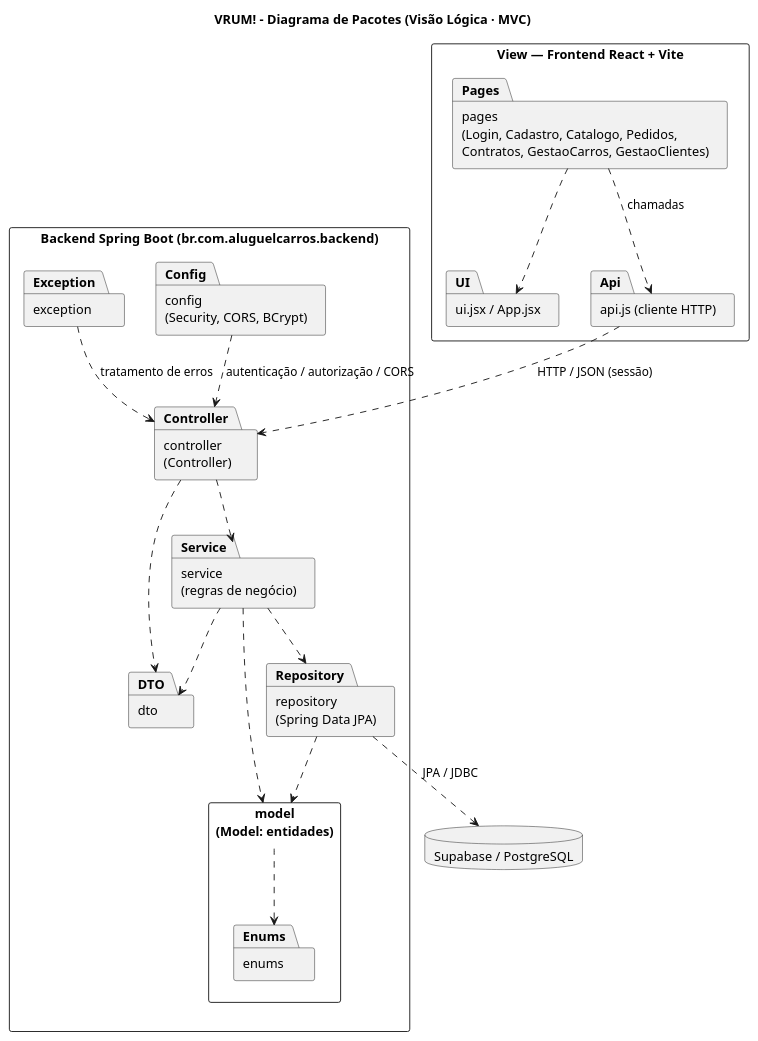
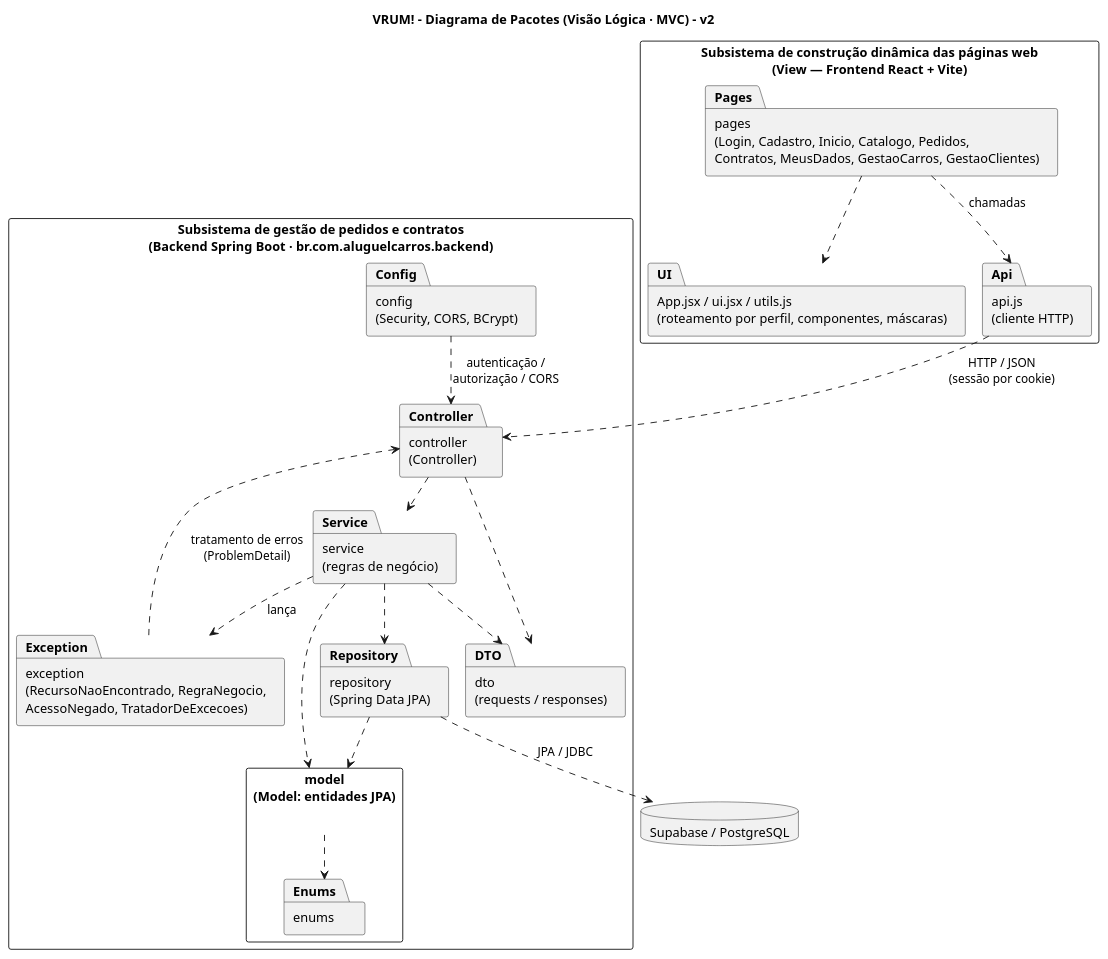
Before and after one commit to pamelanilo/Sistema_Aluguel_Carros: the diagram in docs/diagramas/Diagrama_pacotes.puml, drawn with PlantUML. The commit also changed 76 other files, not shown here.

```diff
--- a/docs/diagramas/Diagrama_pacotes.puml
+++ b/docs/diagramas/Diagrama_pacotes.puml
@@ -1,40 +1,42 @@
 @startuml
+!pragma layout smetana
 skinparam shadowing false
 skinparam DefaultFontName Arial
 skinparam packageStyle rectangle
-title VRUM! - Diagrama de Pacotes (Visão Lógica · MVC)
+title VRUM! - Diagrama de Pacotes (Visão Lógica · MVC) - v2
 
-package "View — Frontend React + Vite" as View {
-  package "pages\n(Login, Cadastro, Catalogo, Pedidos,\nContratos, GestaoCarros, GestaoClientes)" as Pages
-  package "ui.jsx / App.jsx" as UI
-  package "api.js (cliente HTTP)" as Api
+package "Subsistema de construção dinâmica das páginas web\n(View — Frontend React + Vite)" as View {
+  package "pages\n(Login, Cadastro, Inicio, Catalogo, Pedidos,\nContratos, MeusDados, GestaoCarros, GestaoClientes)" as Pages
+  package "App.jsx / ui.jsx / utils.js\n(roteamento por perfil, componentes, máscaras)" as UI
+  package "api.js\n(cliente HTTP)" as Api
 }
 
-package "Backend Spring Boot (br.com.aluguelcarros.backend)" {
+package "Subsistema de gestão de pedidos e contratos\n(Backend Spring Boot · br.com.aluguelcarros.backend)" as Backend {
   package "controller\n(Controller)" as Controller
   package "service\n(regras de negócio)" as Service
   package "repository\n(Spring Data JPA)" as Repository
-  package "model\n(Model: entidades)" as Model {
+  package "model\n(Model: entidades JPA)" as Model {
     package "enums" as Enums
   }
-  package "dto" as DTO
+  package "dto\n(requests / responses)" as DTO
   package "config\n(Security, CORS, BCrypt)" as Config
-  package "exception" as Exception
+  package "exception\n(RecursoNaoEncontrado, RegraNegocio,\nAcessoNegado, TratadorDeExcecoes)" as Exception
 }
 
 database "Supabase / PostgreSQL" as DB
 
 Pages ..> UI
 Pages ..> Api : chamadas
-Api ..> Controller : HTTP / JSON (sessão)
+Api ..> Controller : HTTP / JSON\n(sessão por cookie)
 Controller ..> Service
 Controller ..> DTO
 Service ..> Repository
 Service ..> Model
 Service ..> DTO
+Service ..> Exception : lança
 Repository ..> Model
 Repository ..> DB : JPA / JDBC
 Model ..> Enums
-Config ..> Controller : autenticação / autorização / CORS
-Exception ..> Controller : tratamento de erros
+Config ..> Controller : autenticação /\nautorização / CORS
+Exception ..> Controller : tratamento de erros\n(ProblemDetail)
 @enduml
```
